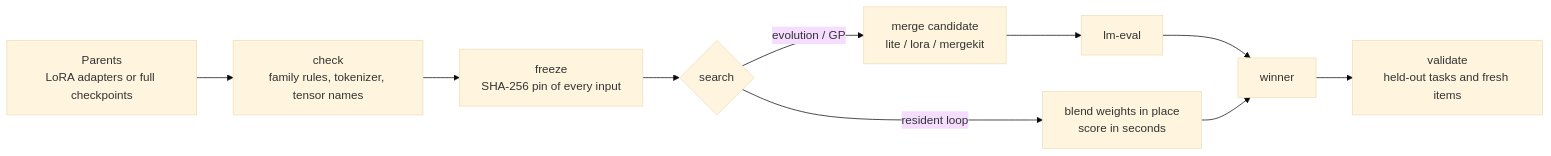
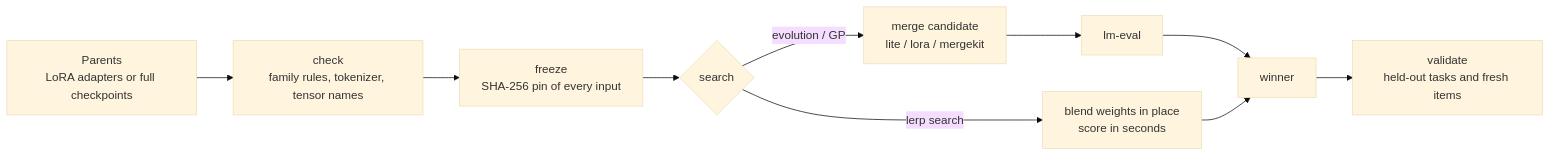
One commit to spear34000/Lerp changed the diagram in README.md. Above: the diagram before and after it, drawn with Mermaid (base theme). The commit also changed other lines of this file and 16 other files, not shown here.

First line of the commit message:
Resident evaluator, lerp search and declarative tasks (#2)

````diff
--- a/README.md
+++ b/README.md
@@ -29,12 +29,12 @@
 ```mermaid
 flowchart LR
     A["Parents<br/>LoRA adapters or full checkpoints"] --> B["check<br/>family rules, tokenizer, tensor names"]
     B --> C["freeze<br/>SHA-256 pin of every input"]
     C --> D{"search"}
     D -->|"evolution / GP"| E["merge candidate<br/>lite / lora / mergekit"]
-    D -->|"resident loop"| F["blend weights in place<br/>score in seconds"]
+    D -->|"lerp search"| F["blend weights in place<br/>score in seconds"]
     E --> G["lm-eval"]
     G --> H["winner"]
     F --> H
     H --> I["validate<br/>held-out tasks and fresh items"]
 ```
````
